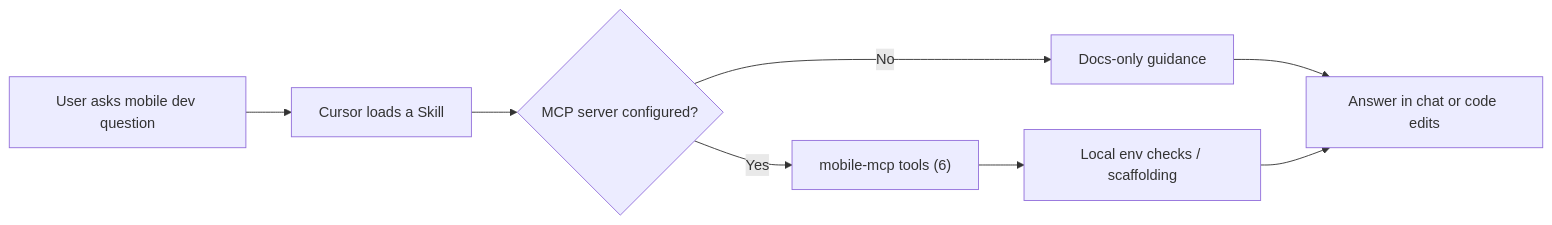
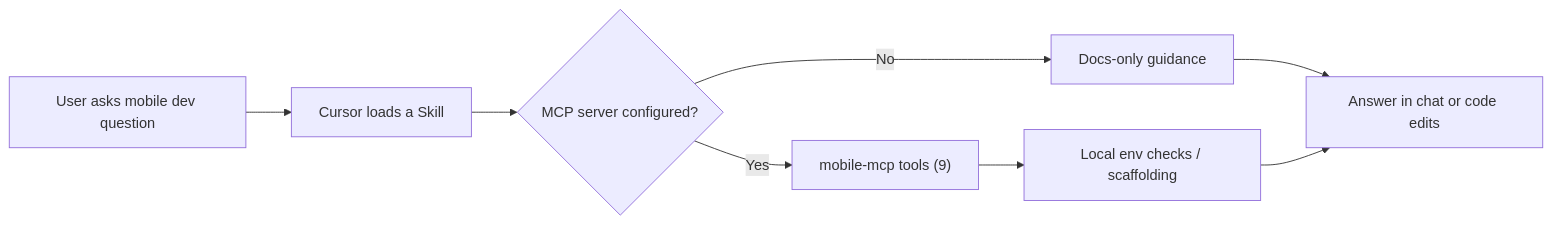
Before and after one commit to TMHSDigital/Mobile-App-Developer-Tools: the diagram in README.md, drawn with Mermaid. The commit also changed other lines of this file and 15 other files, not shown here.

First line of the commit message:
v0.3.0: Camera and AI - 9 skills, 3 rules, 9 MCP tools

````diff
--- a/README.md
+++ b/README.md
@@ -73,10 +73,10 @@
 ```mermaid
 flowchart LR
     A[User asks mobile dev question] --> B[Cursor loads a Skill]
     B --> C{MCP server configured?}
-    C -->|Yes| D["mobile-mcp tools (6)"]
+    C -->|Yes| D["mobile-mcp tools (9)"]
     C -->|No| E[Docs-only guidance]
     D --> F[Local env checks / scaffolding]
     E --> G[Answer in chat or code edits]
     F --> G
 ```
````
